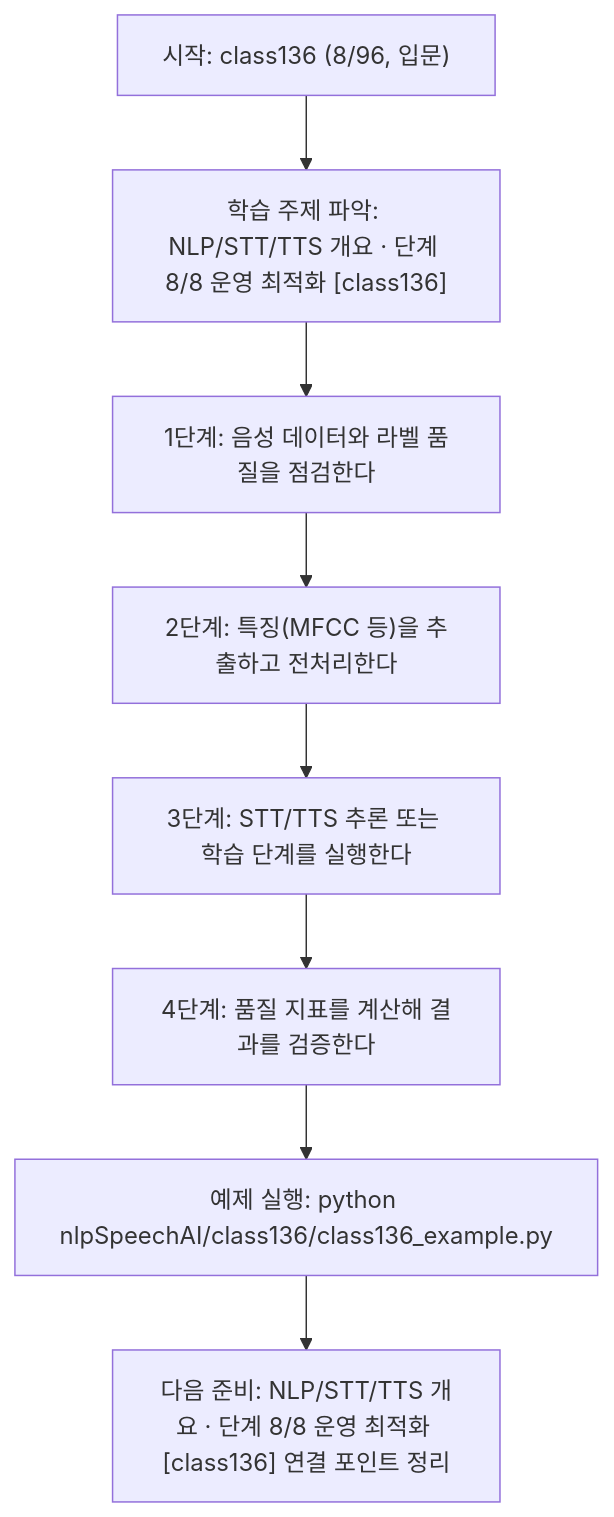
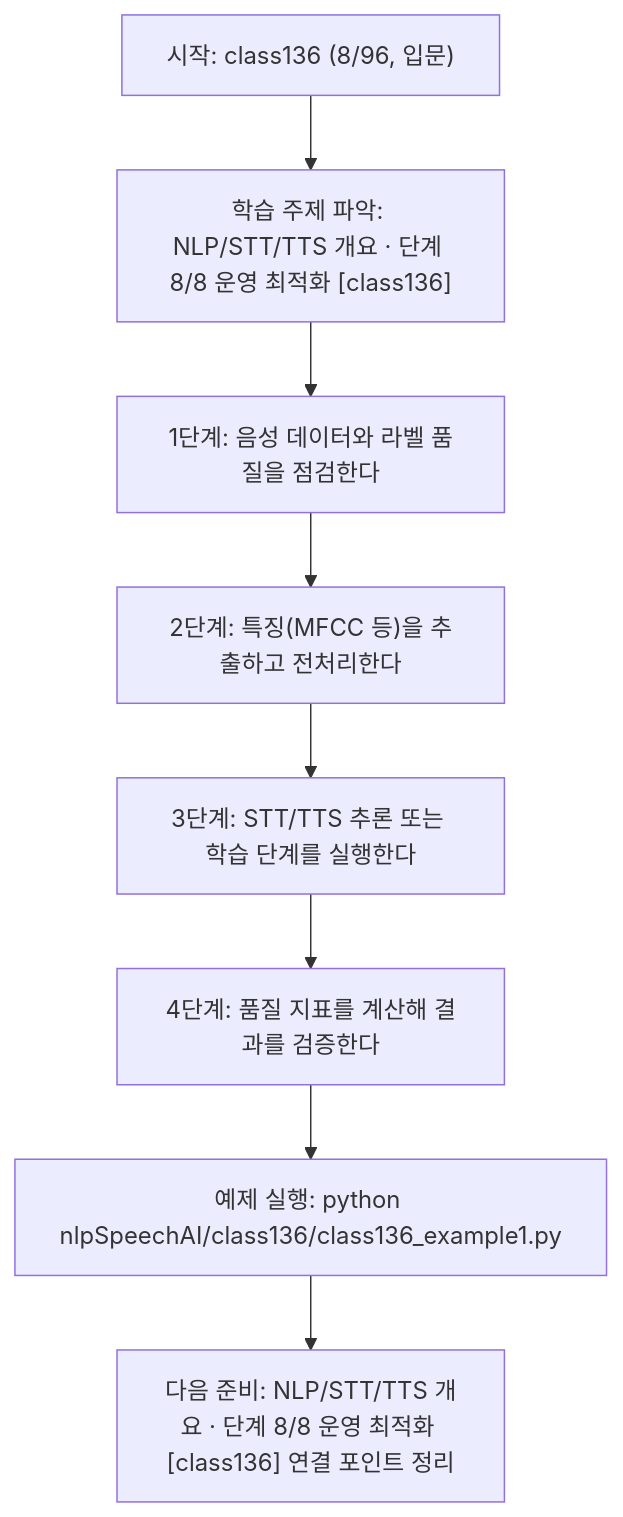
Before and after one commit to edumgt/Python-AI_Agent-Class: the diagram in nlpSpeechAI/class136/class136.md, drawn with Mermaid. The commit also changed other lines of this file and 2959 other files, not shown here.

````diff
--- a/nlpSpeechAI/class136/class136.md
+++ b/nlpSpeechAI/class136/class136.md
@@ -115,18 +115,18 @@
 ```mermaid
 flowchart TD
 N1["시작: class136 (8/96, 입문)"]
 N2["학습 주제 파악: NLP/STT/TTS 개요 · 단계 8/8 운영 최적화 [class136]"]
 N3["1단계: 음성 데이터와 라벨 품질을 점검한다"]
 N4["2단계: 특징(MFCC 등)을 추출하고 전처리한다"]
 N5["3단계: STT/TTS 추론 또는 학습 단계를 실행한다"]
 N6["4단계: 품질 지표를 계산해 결과를 검증한다"]
-N7["예제 실행: python nlpSpeechAI/class136/class136_example.py"]
+N7["예제 실행: python nlpSpeechAI/class136/class136_example1.py"]
 N8["다음 준비: NLP/STT/TTS 개요 · 단계 8/8 운영 최적화 [class136] 연결 포인트 정리"]
 N1 --> N2
 N2 --> N3
 N3 --> N4
 N4 --> N5
 N5 --> N6
 N6 --> N7
 N7 --> N8
 ```
````
